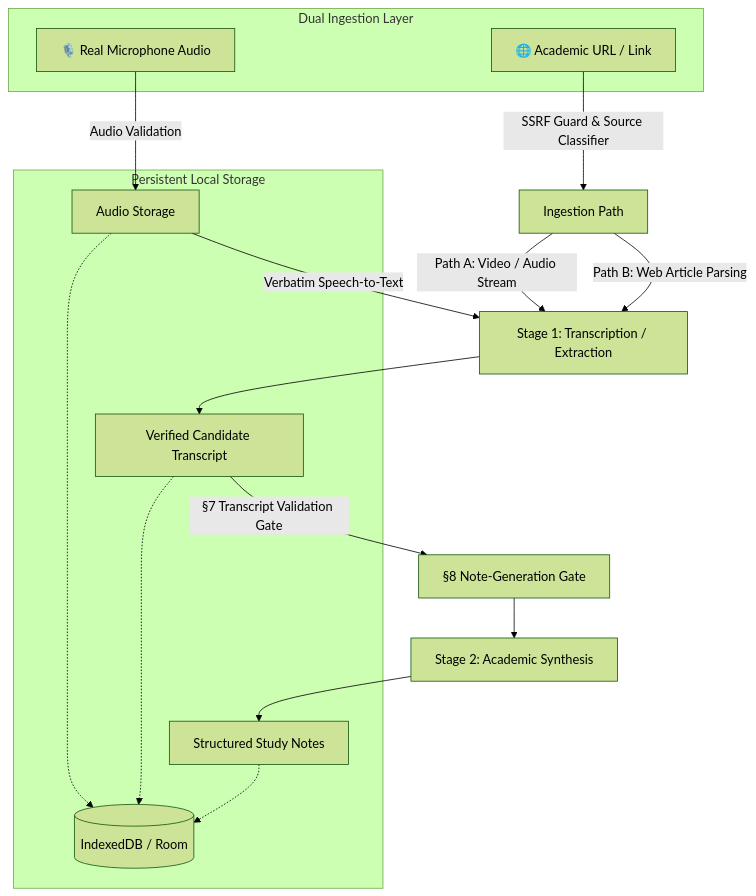
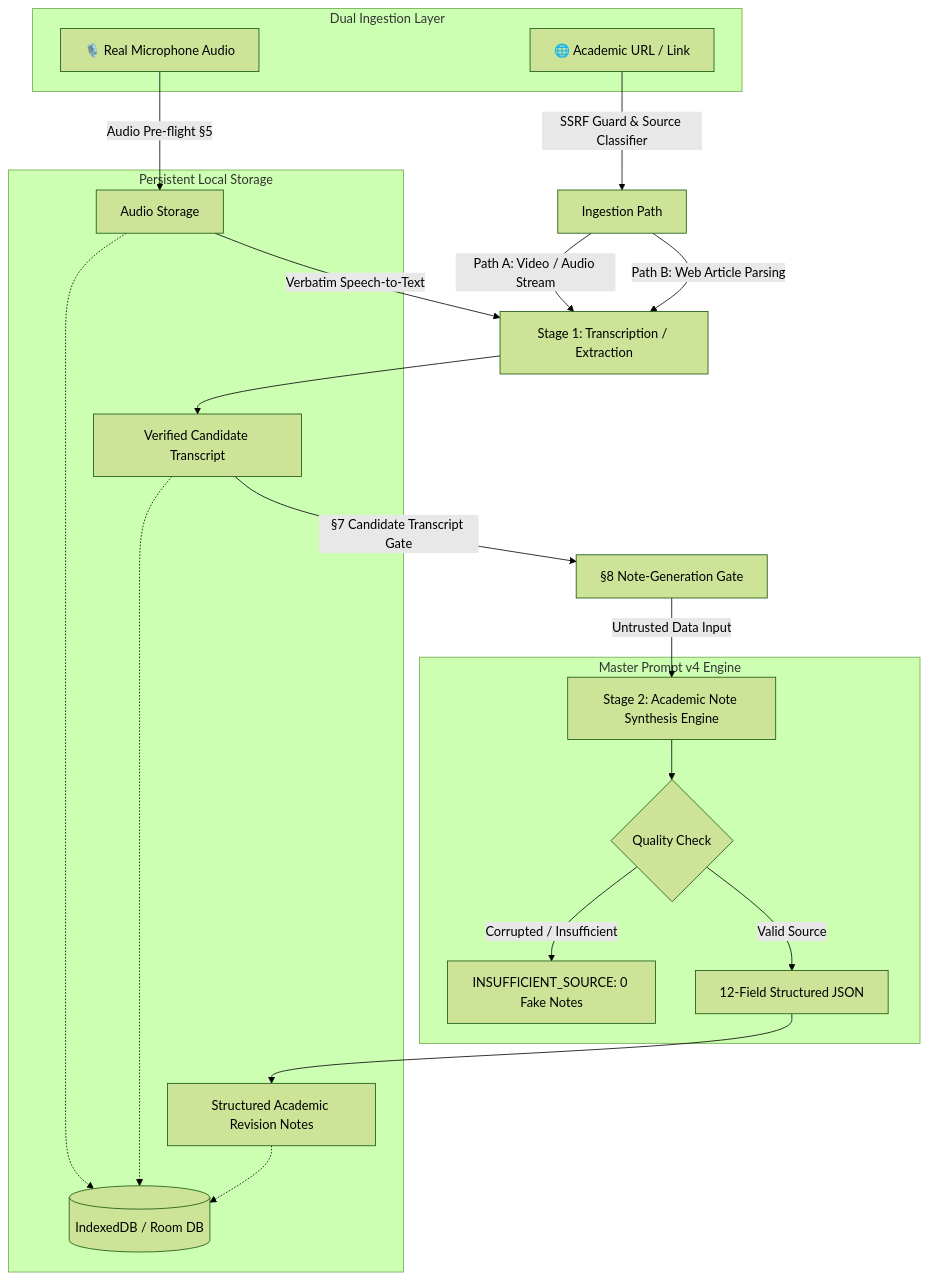
Before and after one commit to arfat87/-lecturenotes-AI: the diagram in README.md, drawn with Mermaid (forest theme). The commit also changed other lines of this file, not shown here.

Commit message:
docs: update README with Master Prompt v4 Stage 2 synthesis engine and 12-field schema

````diff
--- a/README.md
+++ b/README.md
@@ -26,25 +27,32 @@
 ```mermaid
 flowchart TD
     subgraph Inputs [Dual Ingestion Layer]
       A1[🎙️ Real Microphone Audio]
       A2[🌐 Academic URL / Link]
     end
 
-    A1 -->|Audio Validation| B1[Audio Storage]
+    A1 -->|Audio Pre-flight §5| B1[Audio Storage]
     B1 -->|Verbatim Speech-to-Text| C[Stage 1: Transcription / Extraction]
 
     A2 -->|SSRF Guard & Source Classifier| B2[Ingestion Path]
     B2 -->|Path A: Video / Audio Stream| C
     B2 -->|Path B: Web Article Parsing| C
 
     C --> D[Verified Candidate Transcript]
-    D -->|§7 Transcript Validation Gate| E[§8 Note-Generation Gate]
-    E --> F[Stage 2: Academic Synthesis]
-    F --> G[Structured Study Notes]
+    D -->|§7 Candidate Transcript Gate| E[§8 Note-Generation Gate]
+    E -->|Untrusted Data Input| F[Stage 2: Academic Note Synthesis Engine]
+    
+    subgraph Engine [Master Prompt v4 Engine]
+      F --> F1{Quality Check}
+      F1 -->|Corrupted / Insufficient| ERR[INSUFFICIENT_SOURCE: 0 Fake Notes]
+      F1 -->|Valid Source| OK[12-Field Structured JSON]
+    end
+
+    OK --> G[Structured Academic Revision Notes]
     
     subgraph Storage [Persistent Local Storage]
-      B1 -.-> H[(IndexedDB / Room)]
+      B1 -.-> H[(IndexedDB / Room DB)]
       D -.-> H
       G -.-> H
     end
 ```
````
